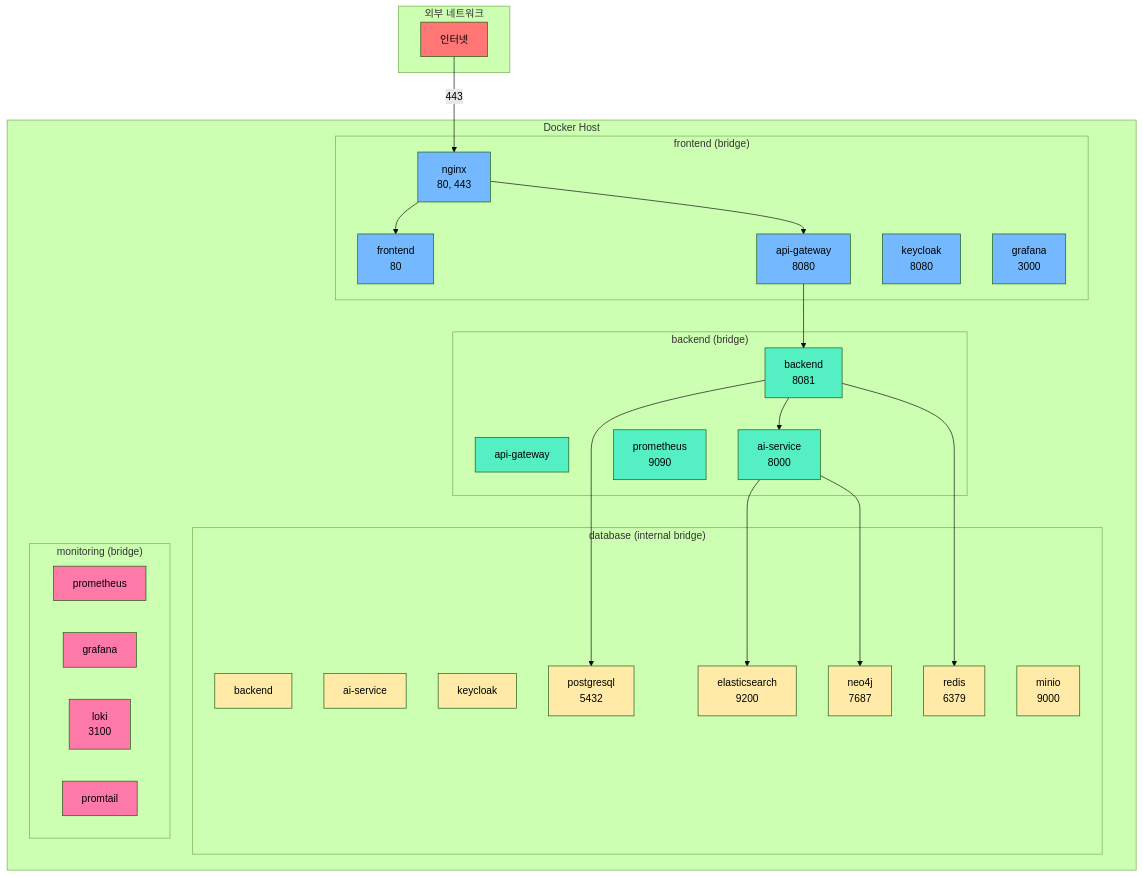
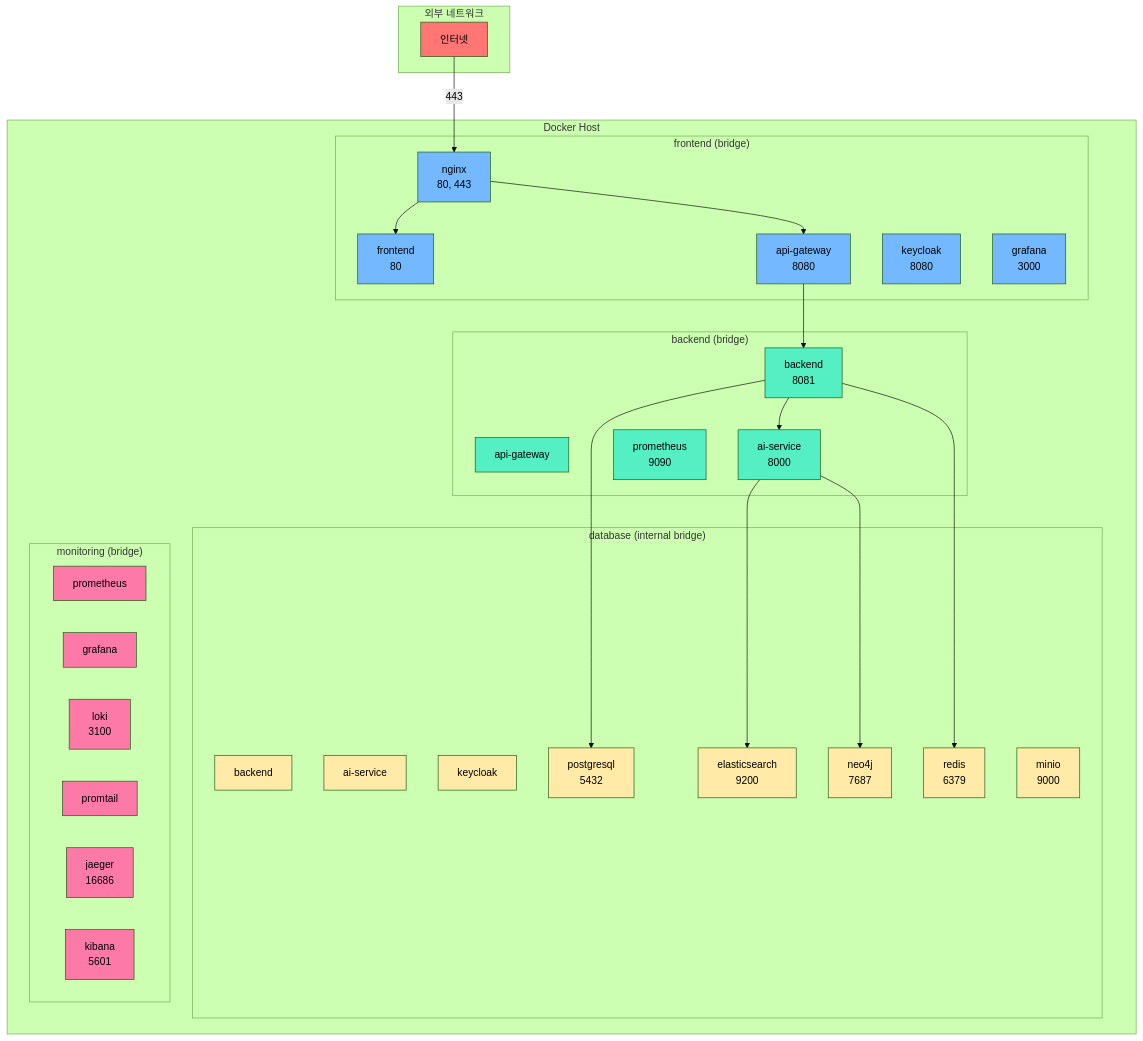
Before and after one commit to k82022603/hybrid-rag-knowledge-ops: the sixth of 6 diagrams in knowledge_service/docs/02_design/infrastructure_detailed_design.md, drawn with Mermaid (forest theme). The commit also changed other lines of this file and 51 other files, not shown here.

````diff
--- a/knowledge_service/docs/02_design/infrastructure_detailed_design.md
+++ b/knowledge_service/docs/02_design/infrastructure_detailed_design.md
@@ -1073,63 +1130,65 @@
 ```mermaid
 flowchart TB
     subgraph External["외부 네트워크"]
         Internet["인터넷"]
     end
 
     subgraph DockerHost["Docker Host"]
         subgraph FrontendNet["frontend (bridge)"]
             nginx["nginx<br/>80, 443"]
             frontend["frontend<br/>80"]
             apigw["api-gateway<br/>8080"]
             keycloak["keycloak<br/>8080"]
             grafana["grafana<br/>3000"]
         end
 
         subgraph BackendNet["backend (bridge)"]
             apigw2["api-gateway"]
             backend["backend<br/>8081"]
             ai["ai-service<br/>8000"]
             prometheus["prometheus<br/>9090"]
         end
 
         subgraph DatabaseNet["database (internal bridge)"]
             backend2["backend"]
             ai2["ai-service"]
             keycloak2["keycloak"]
             pg["postgresql<br/>5432"]
             es["elasticsearch<br/>9200"]
             neo["neo4j<br/>7687"]
             redis["redis<br/>6379"]
             minio["minio<br/>9000"]
         end
 
         subgraph MonitorNet["monitoring (bridge)"]
             prometheus2["prometheus"]
             grafana2["grafana"]
             loki["loki<br/>3100"]
             promtail["promtail"]
+            jaeger["jaeger<br/>16686"]
+            kibana["kibana<br/>5601"]
         end
     end
 
     Internet -->|"443"| nginx
     nginx --> frontend
     nginx --> apigw
     apigw --> backend
     backend --> ai
     backend --> pg
     backend --> redis
     ai --> es
     ai --> neo
 
     classDef external fill:#ff7675
     classDef frontend fill:#74b9ff
     classDef backend fill:#55efc4
     classDef database fill:#ffeaa7
     classDef monitor fill:#fd79a8
 
     class Internet external
     class nginx,frontend,apigw,keycloak,grafana frontend
     class apigw2,backend,ai,prometheus backend
     class backend2,ai2,keycloak2,pg,es,neo,redis,minio database
-    class prometheus2,grafana2,loki,promtail monitor
+    class prometheus2,grafana2,loki,promtail,jaeger,kibana monitor
 ```
````
